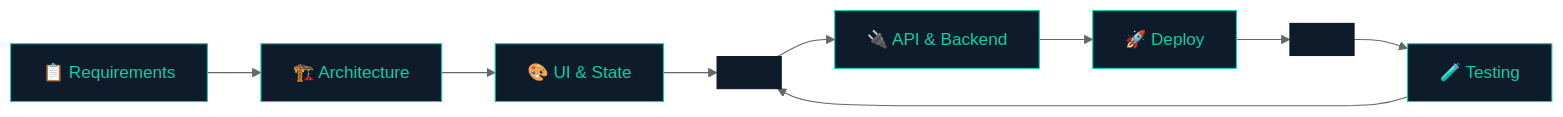
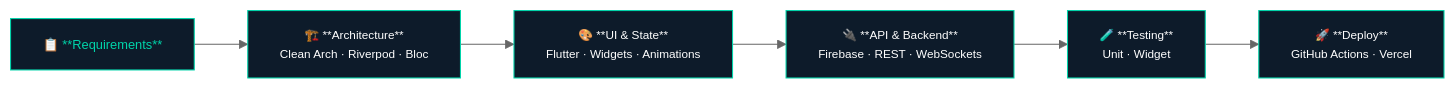
One commit to Ahmad-Ali-121/Ahmad-Ali-121 changed the first of 2 diagrams in README.md. Above: the diagram before and after it, drawn with Mermaid (neutral theme). The commit also changed other lines of this file, not shown here.

Commit message:
Enhance flowcharts in README with bold text

````diff
--- a/README.md
+++ b/README.md
@@ -77,22 +77,15 @@
 ```mermaid
 flowchart LR
-    A[📋 Requirements] --> B[🏗️ Architecture]
-    B --> C[🎨 UI & State]
-    C --> D[ ]
+    A[📋 **Requirements**] --> B[🏗️ **Architecture**<br/>Clean Arch · Riverpod · Bloc]
+    B --> C[🎨 **UI & State**<br/>Flutter · Widgets · Animations]
+    C --> D[🔌 **API & Backend**<br/>Firebase · REST · WebSockets]
+    D --> E[🧪 **Testing**<br/>Unit · Widget]
+    E --> F[🚀 **Deploy**<br/>GitHub Actions · Vercel]
 
-    E[🚀 Deploy] --> F[ ]
-    F --> G[🧪 Testing]
-    G --> D
-
-    D --> H[🔌 API & Backend]
-    H --> E
-
-    style A fill:#0D1B2A,color:#00D4AA,stroke:#00D4AA
-    style B fill:#0D1B2A,color:#00D4AA,stroke:#00D4AA
-    style C fill:#0D1B2A,color:#00D4AA,stroke:#00D4AA
-    style E fill:#0D1B2A,color:#00D4AA,stroke:#00D4AA
-    style G fill:#0D1B2A,color:#00D4AA,stroke:#00D4AA
-    style H fill:#0D1B2A,color:#00D4AA,stroke:#00D4AA
-    style D fill:#0D1B2A,color:#0D1B2A,stroke:#0D1B2A
-    style F fill:#0D1B2A,color:#0D1B2A,stroke:#0D1B2A
+    style A fill:#0D1B2A,color:#00D4AA,stroke:#00D4AA,font-size:12px
+    style B fill:#0D1B2A,color:#ffffff,stroke:#00D4AA,font-size:11px
+    style C fill:#0D1B2A,color:#ffffff,stroke:#00D4AA,font-size:11px
+    style D fill:#0D1B2A,color:#ffffff,stroke:#00D4AA,font-size:11px
+    style E fill:#0D1B2A,color:#ffffff,stroke:#00D4AA,font-size:11px
+    style F fill:#0D1B2A,color:#ffffff,stroke:#00D4AA,font-size:11px
 ```
````
